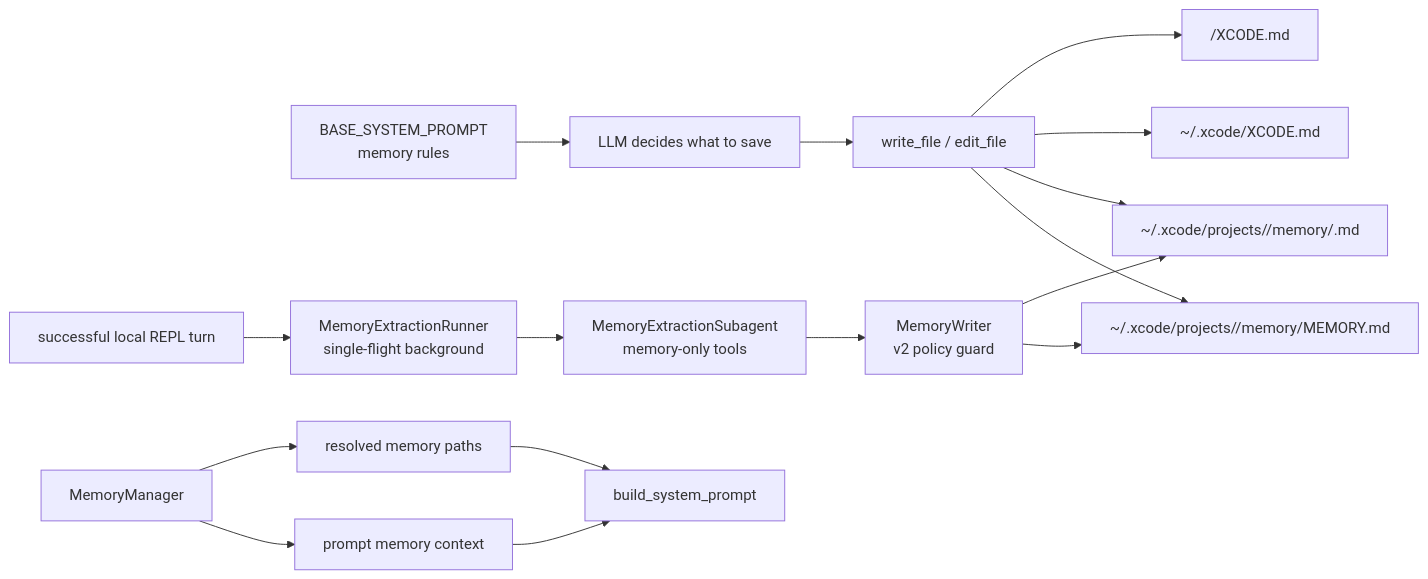
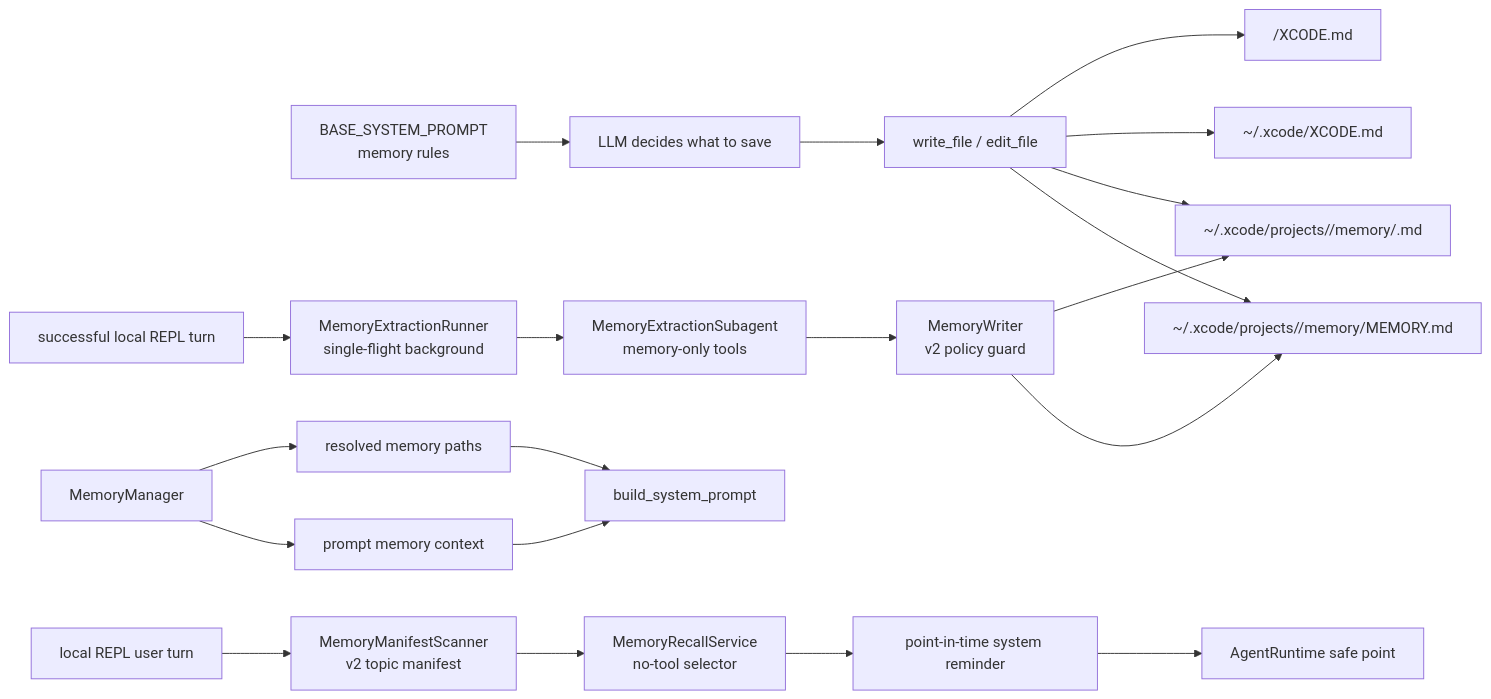
The fourth of 5 diagrams in docs/current/ARCHITECTURE.md (acofGDUT/Xcode), drawn with Mermaid before and after one commit. The commit also changed other lines of this file and 26 other files, not shown here.

First line of the commit message:
feat: add auto memory recall v2

````diff
--- a/docs/current/ARCHITECTURE.md
+++ b/docs/current/ARCHITECTURE.md
@@ -456,20 +456,25 @@
 ```mermaid
 flowchart LR
     Prompt["BASE_SYSTEM_PROMPT<br/>memory rules"] --> LLM["LLM decides what to save"]
     LLM --> FileTools["write_file / edit_file"]
     FileTools --> Project["<project>/XCODE.md"]
     FileTools --> User["~/.xcode/XCODE.md"]
     FileTools --> AutoFile["~/.xcode/projects/<project>/memory/<slug>.md"]
     FileTools --> Index["~/.xcode/projects/<project>/memory/MEMORY.md"]
 
     MemoryManager["MemoryManager"] --> Paths["resolved memory paths"]
     MemoryManager --> Context["prompt memory context"]
     Paths --> PromptBuild["build_system_prompt"]
     Context --> PromptBuild
 
     Turn["successful local REPL turn"] --> Runner["MemoryExtractionRunner<br/>single-flight background"]
     Runner --> Extractor["MemoryExtractionSubagent<br/>memory-only tools"]
     Extractor --> Writer["MemoryWriter<br/>v2 policy guard"]
     Writer --> AutoFile
     Writer --> Index
+
+    LocalTurn["local REPL user turn"] --> Scanner["MemoryManifestScanner<br/>v2 topic manifest"]
+    Scanner --> Recall["MemoryRecallService<br/>no-tool selector"]
+    Recall --> Reminder["point-in-time system reminder"]
+    Reminder --> Loop["AgentRuntime safe point"]
 ```
````
